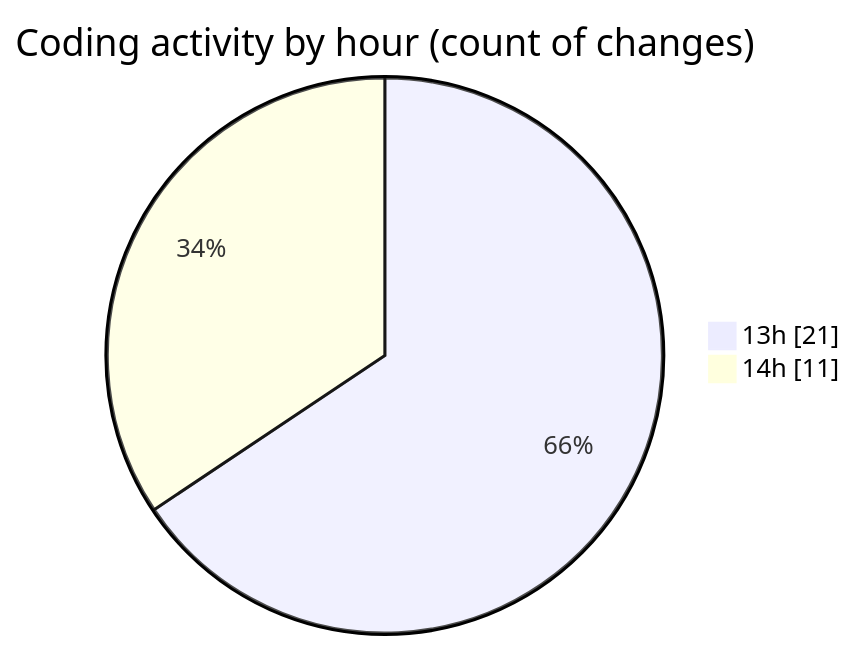
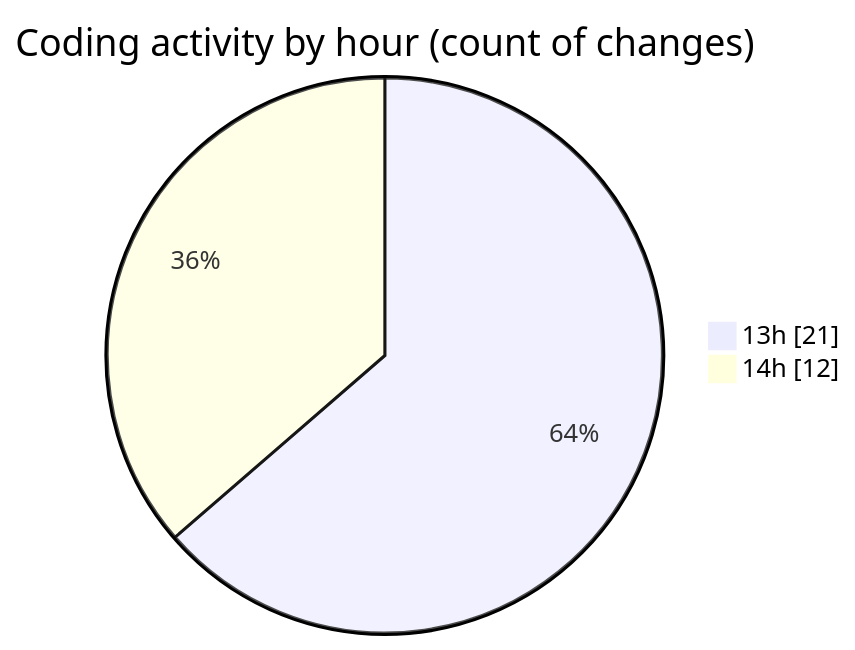
Before and after one commit to donsfak/code-tracking: the second of 2 diagrams in 2025-01-14/trackers_app/README.md, drawn with Mermaid. The commit also changed other lines of this file and 1 other file, not shown here.

````diff
--- a/2025-01-14/trackers_app/README.md
+++ b/2025-01-14/trackers_app/README.md
@@ -36,6 +36,6 @@
 ```mermaid
 pie showData
 title Coding activity by hour (count of changes)
 "13h" : 21
-"14h" : 11
+"14h" : 12
 ```
````
